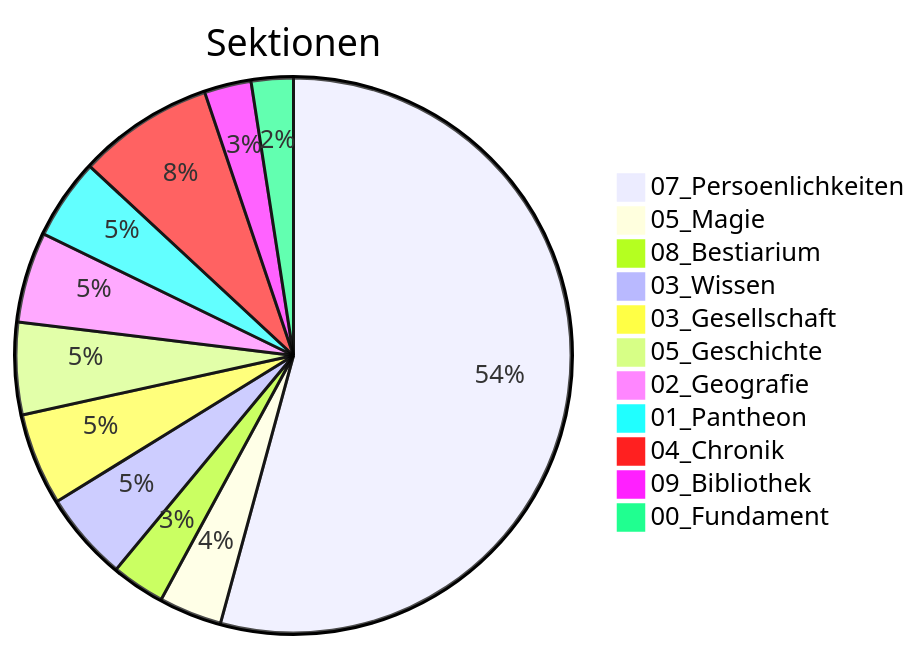
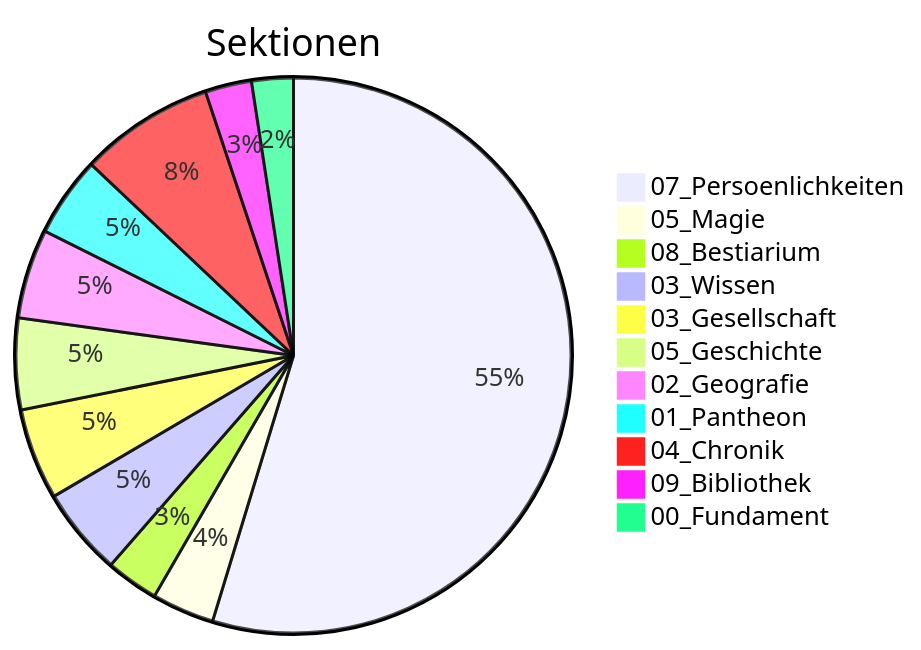
One commit to Siebenwind/7w_wiki changed the diagram in Siebenwind_Wiki/10_Archiv/Wiki_Statistiken.md. Above: the diagram before and after it, drawn with Mermaid. The commit also changed other lines of this file and 23 other files, not shown here.

````diff
--- a/Siebenwind_Wiki/10_Archiv/Wiki_Statistiken.md
+++ b/Siebenwind_Wiki/10_Archiv/Wiki_Statistiken.md
@@ -21,14 +21,14 @@
 ```mermaid
 pie title Sektionen
-    "07_Persoenlichkeiten" : 576
+    "07_Persoenlichkeiten" : 587
     "05_Magie" : 39
     "08_Bestiarium" : 33
     "03_Wissen" : 55
     "03_Gesellschaft" : 57
     "05_Geschichte" : 57
     "02_Geografie" : 56
     "01_Pantheon" : 50
     "04_Chronik" : 84
     "09_Bibliothek" : 29
     "00_Fundament" : 26
 ```
````
